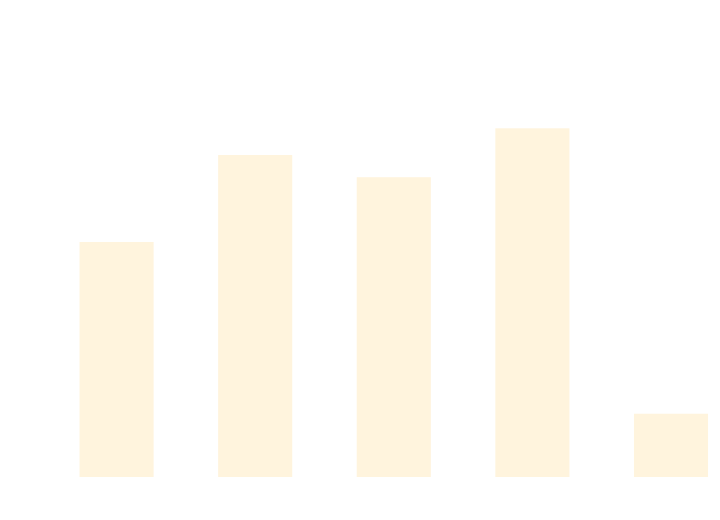
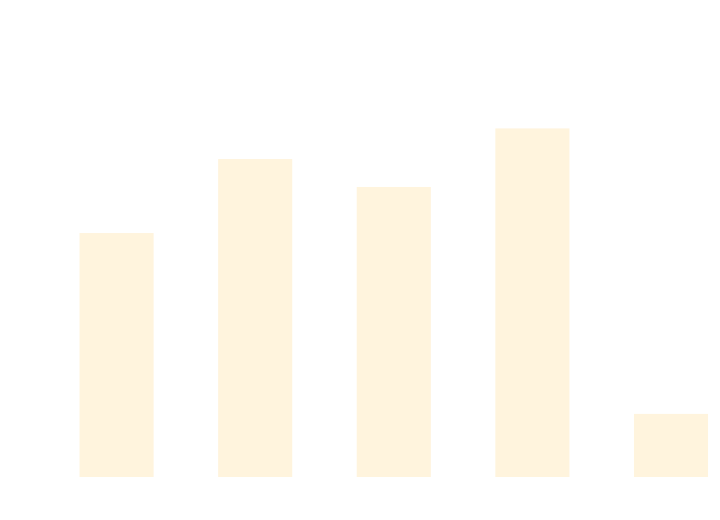
One commit to thomhurst/TUnit changed the diagram in docs/docs/benchmarks/AsyncTests.md. Above: the diagram before and after it, drawn with Mermaid. The commit also changed other lines of this file and 17 other files, not shown here.

````diff
--- a/docs/docs/benchmarks/AsyncTests.md
+++ b/docs/docs/benchmarks/AsyncTests.md
@@ -27,37 +27,37 @@
 ```mermaid
 %%{init: {
   'theme':'base',
   'themeVariables': {
     'primaryColor': '#2563eb',
     'primaryTextColor': '#ffffff',
     'primaryBorderColor': '#1e40af',
     'lineColor': '#6b7280',
     'secondaryColor': '#7c3aed',
     'tertiaryColor': '#dc2626',
     'background': '#ffffff',
     'mainBkg': '#2563eb',
     'secondBkg': '#7c3aed',
     'tertiaryBkg': '#dc2626',
     'clusterBkg': '#f3f4f6',
     'edgeLabelBackground': '#ffffff',
     'tertiaryTextColor': '#1f2937',
     'pie1': '#2563eb',
     'pie2': '#7c3aed',
     'pie3': '#dc2626',
     'pie4': '#f59e0b',
     'pie5': '#10b981',
     'pie6': '#06b6d4',
     'pie7': '#ec4899',
     'pie8': '#6366f1',
     'pie9': '#84cc16',
     'pie10': '#f97316',
     'pie11': '#14b8a6',
     'pie12': '#a855f7'
   }
 }}%%
 xychart-beta
   title "AsyncTests Performance Comparison"
   x-axis ["TUnit", "NUnit", "MSTest", "xUnit3", "TUnit_AOT"]
-  y-axis "Time (ms)" 0 --> 909
-  bar [504.5, 697.8, 648.5, 757.2, 122.8]
+  y-axis "Time (ms)" 0 --> 910
+  bar [525, 689.6, 627.5, 757.8, 122.6]
 ```
````
